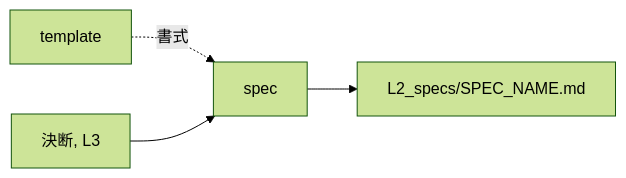
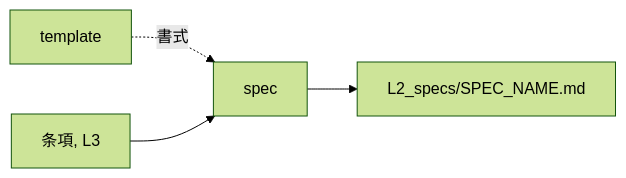
Before and after one commit to gameundwatch/archivist: the diagram in docs/archivist/L2_designs/spec.md, drawn with Mermaid (forest theme). The commit also changed other lines of this file and 71 other files, not shown here.

````diff
--- a/docs/archivist/L2_designs/spec.md
+++ b/docs/archivist/L2_designs/spec.md
@@ -13,5 +13,5 @@
 ```mermaid
 flowchart LR
     TP["template"] -.書式.-> S["spec"]
-    IN["決断, L3"] --> S --> OUT["L2_specs/SPEC_NAME.md"]
+    IN["条項, L3"] --> S --> OUT["L2_specs/SPEC_NAME.md"]
 ```
````
